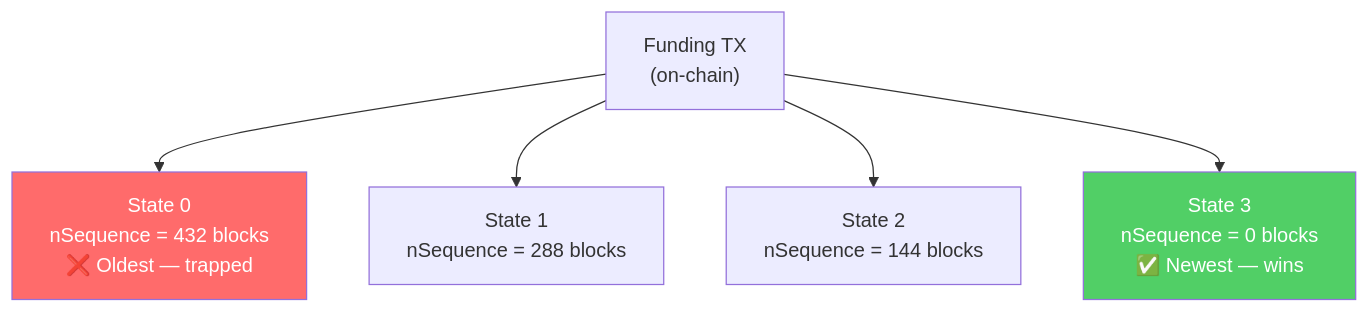
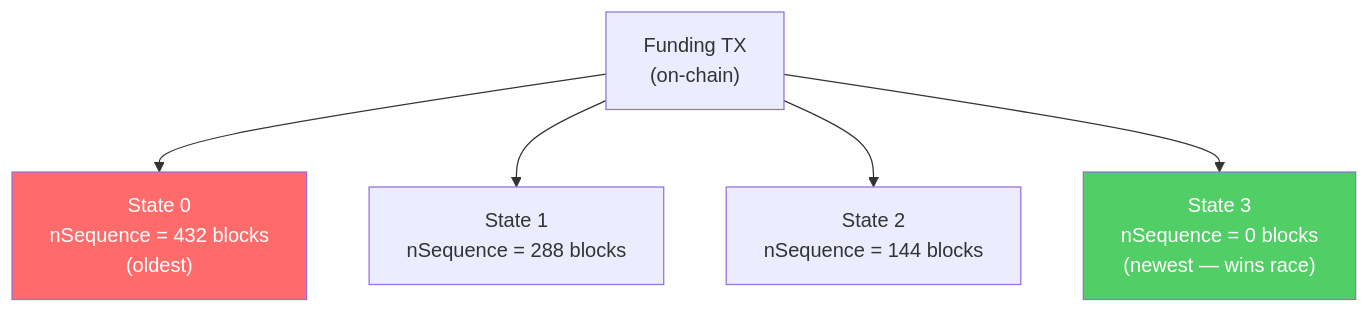
One commit to 8144225309/superscalar-docs changed the second of 2 diagrams in foundations/what-is-nsequence.md. Above: the diagram before and after it, drawn with Mermaid. The commit also changed other lines of this file and 31 other files, not shown here.

````diff
--- a/foundations/what-is-nsequence.md
+++ b/foundations/what-is-nsequence.md
@@ -38,10 +30,10 @@
 ```mermaid
 graph TD
-    F["Funding TX<br/>(on-chain)"] --> S0["State 0<br/>nSequence = 432 blocks<br/>❌ Oldest — trapped"]
+    F["Funding TX<br/>(on-chain)"] --> S0["State 0<br/>nSequence = 432 blocks<br/>(oldest)"]
     F --> S1["State 1<br/>nSequence = 288 blocks"]
     F --> S2["State 2<br/>nSequence = 144 blocks"]
-    F --> S3["State 3<br/>nSequence = 0 blocks<br/>✅ Newest — wins"]
+    F --> S3["State 3<br/>nSequence = 0 blocks<br/>(newest — wins race)"]
 
     style S0 fill:#ff6b6b,color:#fff
     style S3 fill:#51cf66,color:#fff
 ```
````
